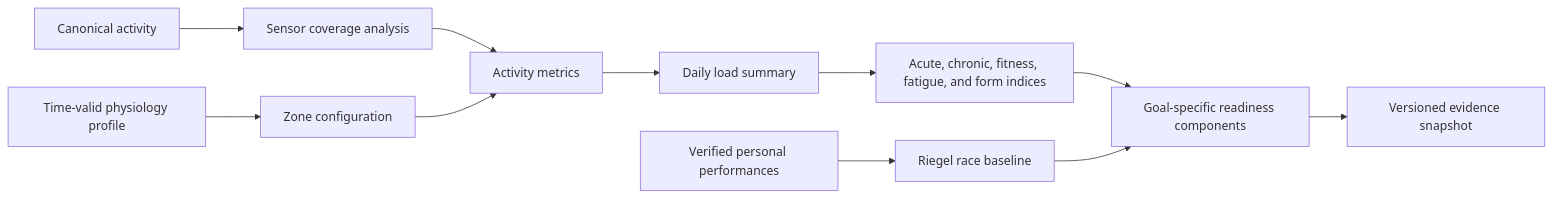
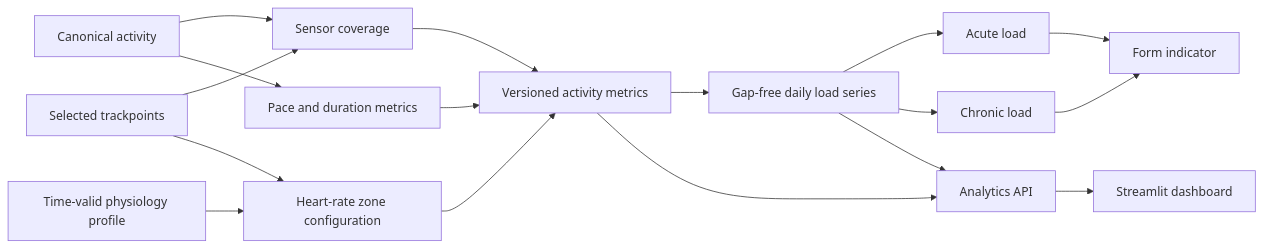
One commit to saadBr/runcoach-ai changed the fifth of 9 diagrams in docs/architecture.md. Above: the diagram before and after it, drawn with Mermaid. The commit also changed other lines of this file, not shown here.

Commit message:
docs: align architecture with implemented platform

````diff
--- a/docs/architecture.md
+++ b/docs/architecture.md
@@ -205,13 +287,19 @@
 ```mermaid
 flowchart LR
-    Activity["Canonical activity"] --> Coverage["Sensor coverage analysis"]
-    Profile["Time-valid physiology profile"] --> Zones["Zone configuration"]
-    Coverage --> Metrics["Activity metrics"]
+    Activity["Canonical activity"] --> Coverage["Sensor coverage"]
+    Activity --> Pace["Pace and duration metrics"]
+    Profile["Time-valid physiology profile"] --> Zones["Heart-rate zone configuration"]
+    Trackpoints["Selected trackpoints"] --> Coverage
+    Trackpoints --> Zones
+    Coverage --> Metrics["Versioned activity metrics"]
+    Pace --> Metrics
     Zones --> Metrics
-    Metrics --> Daily["Daily load summary"]
-    Daily --> Trends["Acute, chronic, fitness, fatigue, and form indices"]
-    Trends --> Readiness["Goal-specific readiness components"]
-    PB["Verified personal performances"] --> Baseline["Riegel race baseline"]
-    Baseline --> Readiness
-    Readiness --> Evidence["Versioned evidence snapshot"]
+    Metrics --> Daily["Gap-free daily load series"]
+    Daily --> Acute["Acute load"]
+    Daily --> Chronic["Chronic load"]
+    Acute --> Form["Form indicator"]
+    Chronic --> Form
+    Metrics --> API["Analytics API"]
+    Daily --> API
+    API --> Dashboard["Streamlit dashboard"]
 ```
````
